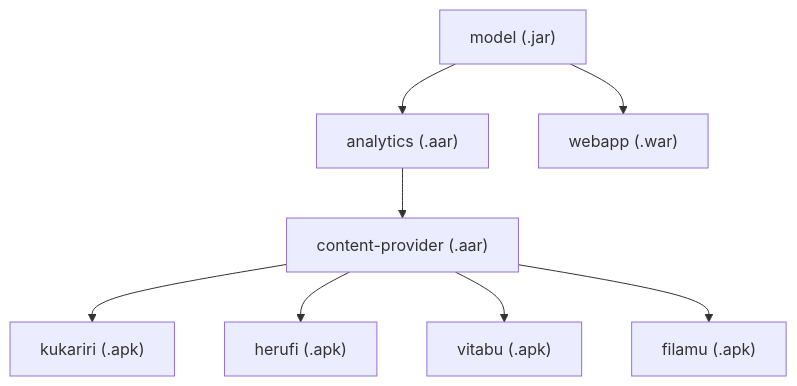
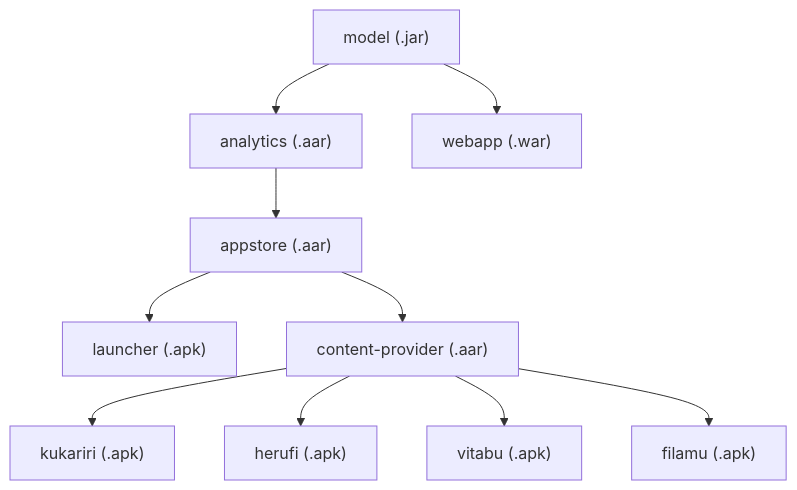
The diagram in SOFTWARE_ARCHITECTURE.md (elimu-ai/wiki), drawn with Mermaid before and after one commit.

Commit message:
docs: add appstore to flowchart

````diff
--- a/SOFTWARE_ARCHITECTURE.md
+++ b/SOFTWARE_ARCHITECTURE.md
@@ -39,10 +39,12 @@
 ```mermaid
 flowchart TD
     model["model (.jar)"] --> analytics
     model --> webapp["webapp (.war)"]
-    analytics["analytics (.aar)"] --> content-provider
+    analytics["analytics (.aar)"] --> appstore
+    appstore["appstore (.aar)"] --> launcher["launcher (.apk)"]
+    appstore --> content-provider
     content-provider["content-provider (.aar)"] --> kukariri["kukariri (.apk)"]
     content-provider --> herufi["herufi (.apk)"]
     content-provider --> vitabu["vitabu (.apk)"]
     content-provider --> filamu["filamu (.apk)"]
 ```
````
